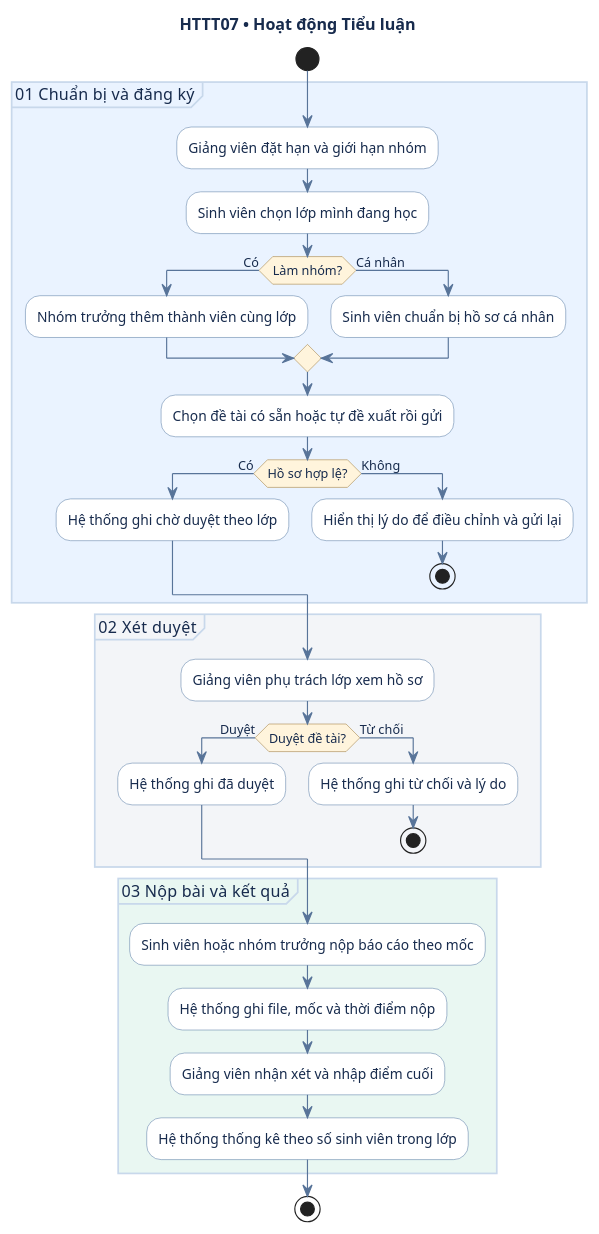
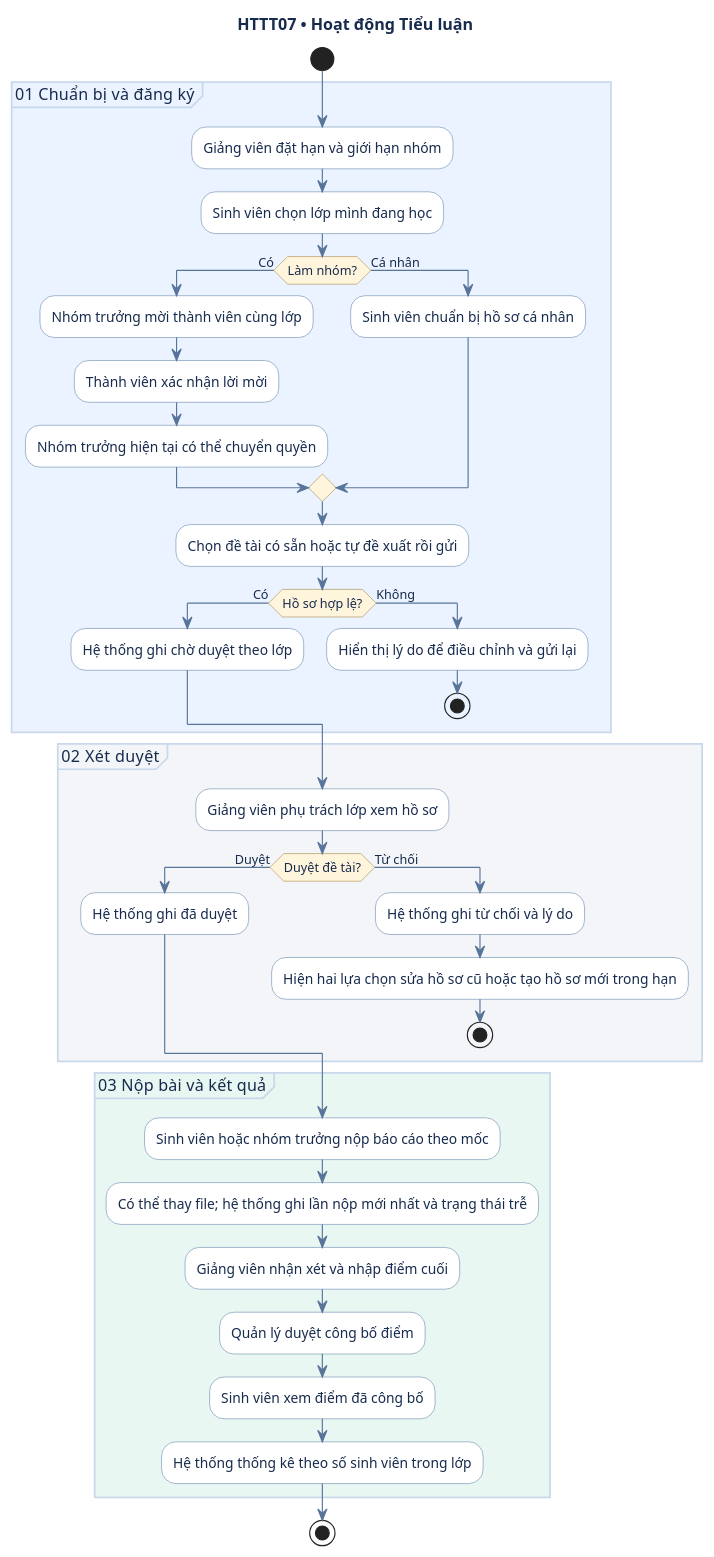
Before and after one commit to lam-vu6868/HTQL_TieuLuan_DoAN: the fifth of 8 diagrams in 02-so-do-uml(1).md, drawn with PlantUML. The commit also changed other lines of this file and 4 other files, not shown here.

````diff
--- a/02-so-do-uml(1).md
+++ b/02-so-do-uml(1).md
@@ -314,50 +328,55 @@
 ```plantuml
 @startuml
 title HTTT07 • Hoạt động Tiểu luận
 skinparam shadowing false
 skinparam DefaultFontName SansSerif
 skinparam defaultFontColor #172B4D
 skinparam ArrowColor #587499
 skinparam ActivityBorderColor #6586AB
 skinparam ActivityBackgroundColor #FFFFFF
 skinparam ActivityDiamondBackgroundColor #FFF4DC
 skinparam ActivityDiamondBorderColor #A48347
 skinparam PartitionBorderColor #C8D8EB
 
 start
 partition #EAF3FF "01  Chuẩn bị và đăng ký" {
   :Giảng viên đặt hạn và giới hạn nhóm;
   :Sinh viên chọn lớp mình đang học;
   if (Làm nhóm?) then (Có)
-    :Nhóm trưởng thêm thành viên cùng lớp;
+    :Nhóm trưởng mời thành viên cùng lớp;
+    :Thành viên xác nhận lời mời;
+    :Nhóm trưởng hiện tại có thể chuyển quyền;
   else (Cá nhân)
     :Sinh viên chuẩn bị hồ sơ cá nhân;
   endif
   :Chọn đề tài có sẵn hoặc tự đề xuất rồi gửi;
   if (Hồ sơ hợp lệ?) then (Có)
     :Hệ thống ghi chờ duyệt theo lớp;
   else (Không)
     :Hiển thị lý do để điều chỉnh và gửi lại;
     stop
   endif
 }
 
 partition #F3F5F8 "02  Xét duyệt" {
   :Giảng viên phụ trách lớp xem hồ sơ;
   if (Duyệt đề tài?) then (Duyệt)
     :Hệ thống ghi đã duyệt;
   else (Từ chối)
     :Hệ thống ghi từ chối và lý do;
+    :Hiện hai lựa chọn sửa hồ sơ cũ hoặc tạo hồ sơ mới trong hạn;
     stop
   endif
 }
 
 partition #E9F7F2 "03  Nộp bài và kết quả" {
   :Sinh viên hoặc nhóm trưởng nộp báo cáo theo mốc;
-  :Hệ thống ghi file, mốc và thời điểm nộp;
+  :Có thể thay file; hệ thống ghi lần nộp mới nhất và trạng thái trễ;
   :Giảng viên nhận xét và nhập điểm cuối;
+  :Quản lý duyệt công bố điểm;
+  :Sinh viên xem điểm đã công bố;
   :Hệ thống thống kê theo số sinh viên trong lớp;
 }
 stop
 @enduml
 ```
````
